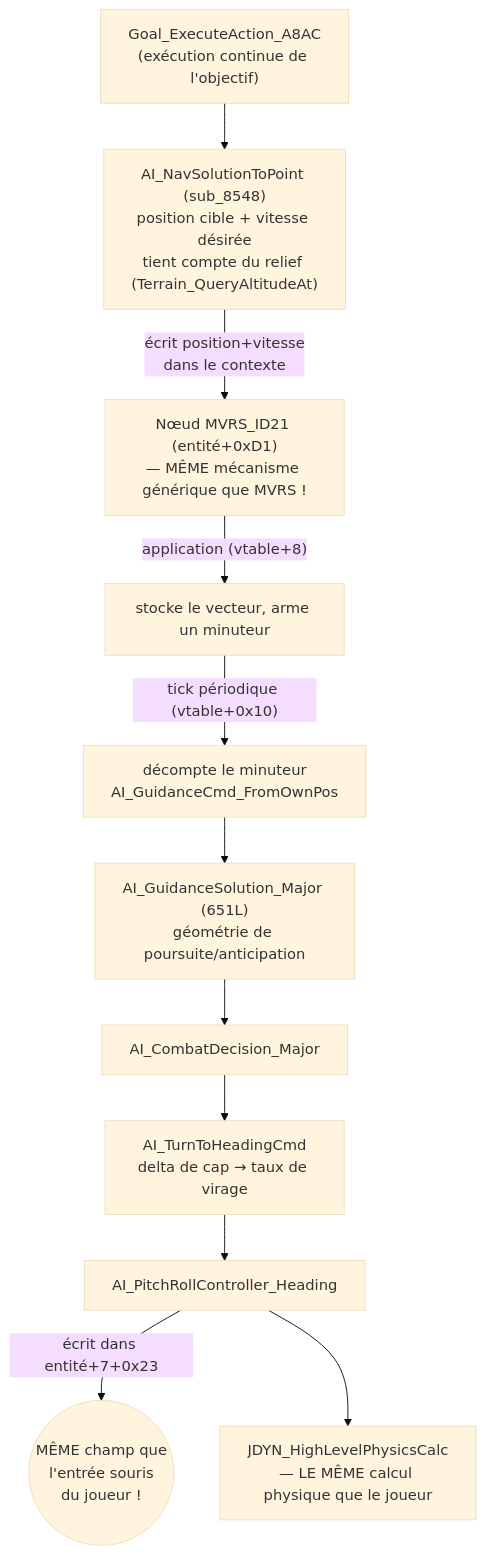
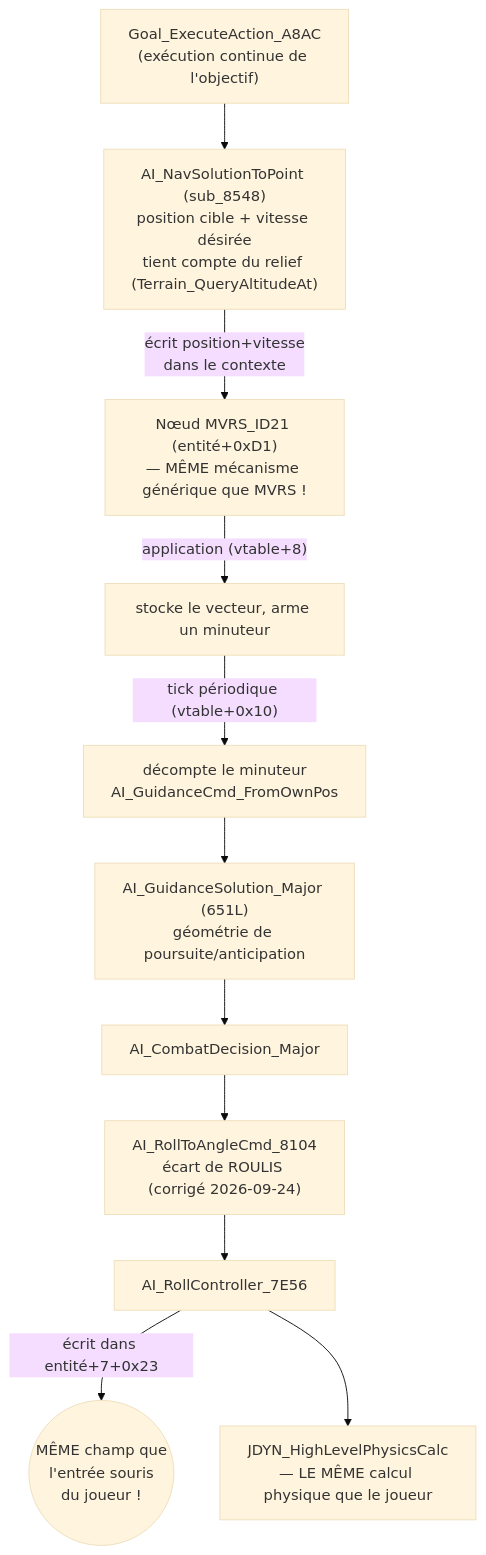
Diagram 12 of 14 in analysis/AI_SYSTEM.md (remileonard/strike_commander_re), drawn with Mermaid (base theme) before and after one commit. The commit also changed other lines of this file and 19 other files, not shown here.

````diff
--- a/analysis/AI_SYSTEM.md
+++ b/analysis/AI_SYSTEM.md
@@ -1170,15 +1170,15 @@
 ```mermaid
 flowchart TD
     A["Goal_ExecuteAction_A8AC<br/>(exécution continue de l'objectif)"] --> B["AI_NavSolutionToPoint (sub_8548)<br/>position cible + vitesse désirée<br/>tient compte du relief (Terrain_QueryAltitudeAt)"]
     B -->|"écrit position+vitesse<br/>dans le contexte"| C["Nœud MVRS_ID21 (entité+0xD1)<br/>— MÊME mécanisme générique que MVRS !"]
     C -->|"application (vtable+8)"| D["stocke le vecteur, arme un minuteur"]
     D -->|"tick périodique (vtable+0x10)"| E["décompte le minuteur<br/>AI_GuidanceCmd_FromOwnPos"]
     E --> F["AI_GuidanceSolution_Major (651L)<br/>géométrie de poursuite/anticipation"]
     F --> G["AI_CombatDecision_Major"]
-    G --> H["AI_TurnToHeadingCmd<br/>delta de cap → taux de virage"]
-    H --> I["AI_PitchRollController_Heading"]
+    G --> H["AI_RollToAngleCmd_8104<br/>écart de ROULIS (corrigé 2026-09-24)"]
+    H --> I["AI_RollController_7E56"]
     I -->|"écrit dans entité+7+0x23"| J(("MÊME champ que
 l'entrée souris
 du joueur !"))
     I --> K["JDYN_HighLevelPhysicsCalc<br/>— LE MÊME calcul physique que le joueur"]
 ```
````
